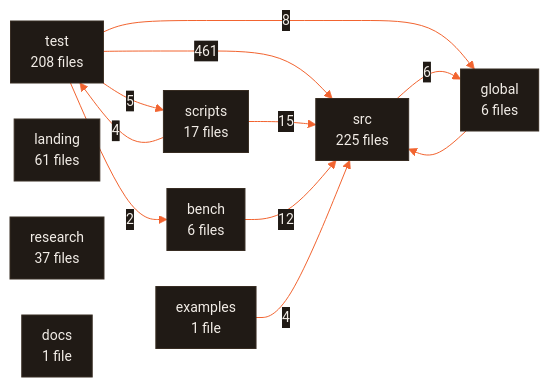
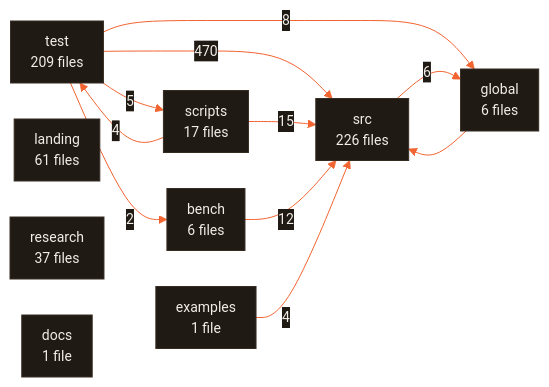
One commit to CodeWithJuber/forgekit changed the diagram in ARCHITECTURE.md. Above: the diagram before and after it, drawn with Mermaid. The commit also changed 35 other files, not shown here.

````diff
--- a/ARCHITECTURE.md
+++ b/ARCHITECTURE.md
@@ -677,23 +677,23 @@
 ```mermaid
 %%{init: {'theme':'base','themeVariables':{'primaryColor':'#201a15','primaryTextColor':'#f2ede7','primaryBorderColor':'#372c22','lineColor':'#f26430','secondaryColor':'#272019','tertiaryColor':'#171310','edgeLabelBackground':'#201a15','clusterBkg':'#171310','clusterBorder':'#4a3b2e','fontFamily':'ui-sans-serif, system-ui, sans-serif','fontSize':'14px'},'flowchart':{'curve':'basis','padding':10,'nodeSpacing':36,'rankSpacing':44}}}%%
 flowchart LR
-  src["src<br/>225 files"]
-  test["test<br/>208 files"]
+  src["src<br/>226 files"]
+  test["test<br/>209 files"]
   landing["landing<br/>61 files"]
   research["research<br/>37 files"]
   scripts["scripts<br/>17 files"]
   bench["bench<br/>6 files"]
   global["global<br/>6 files"]
   docs["docs<br/>1 file"]
   examples["examples<br/>1 file"]
-  test -- 461 --> src
+  test -- 470 --> src
   scripts -- 15 --> src
   bench -- 12 --> src
   test -- 8 --> global
   src -- 6 --> global
   test -- 5 --> scripts
   examples -- 4 --> src
   scripts -- 4 --> test
   test -- 2 --> bench
   global --> src
 ```
````
